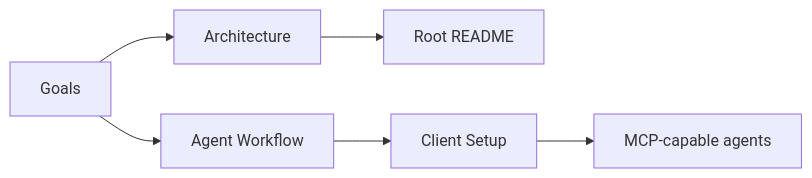
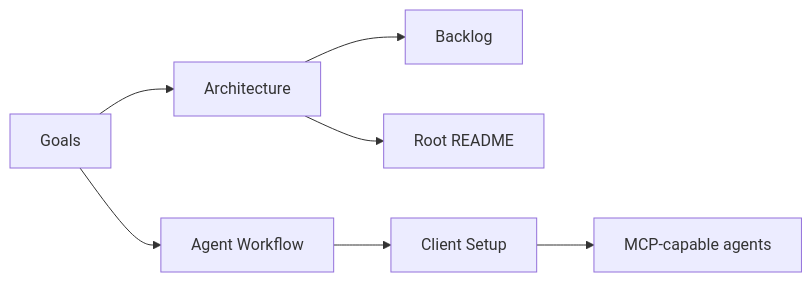
One commit to dwovitz/memory-mcp changed the first of 2 diagrams in docs/README.md. Above: the diagram before and after it, drawn with Mermaid. The commit also changed other lines of this file, not shown here.

Commit message:
docs(backlog): link memory backlog index

````diff
--- a/docs/README.md
+++ b/docs/README.md
@@ -38,8 +40,9 @@
 ```mermaid
 flowchart LR
     Goals["Goals"] --> Architecture["Architecture"]
     Goals --> Workflow["Agent Workflow"]
+    Architecture --> Backlog["Backlog"]
     Architecture --> Readme["Root README"]
     Workflow --> ClientSetup["Client Setup"]
     ClientSetup --> Agents["MCP-capable agents"]
 ```
````
